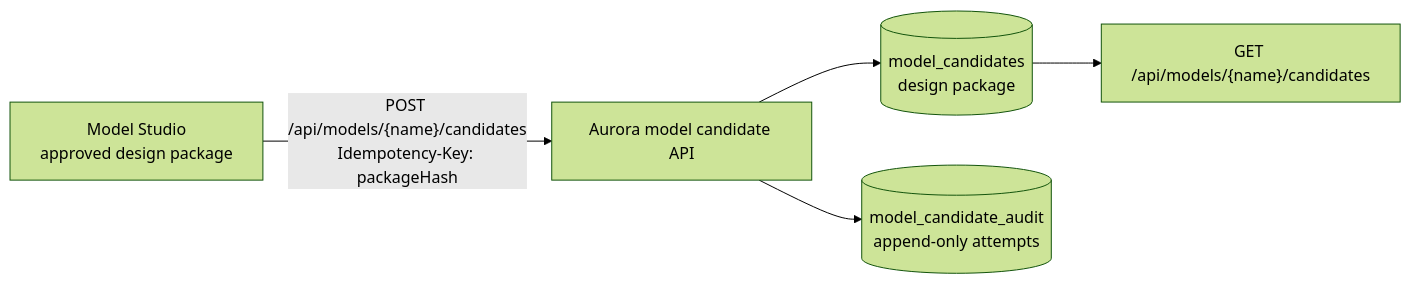
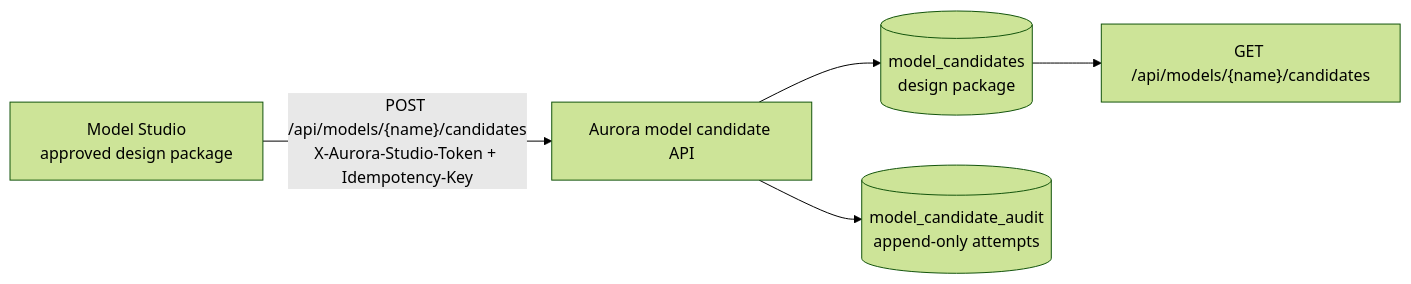
Before and after one commit to mohangundappa/aurora-intelligence: the second of 4 diagrams in docs/data-flow.md, drawn with Mermaid (forest theme). The commit also changed other lines of this file and 8 other files, not shown here.

````diff
--- a/docs/data-flow.md
+++ b/docs/data-flow.md
@@ -83,7 +83,7 @@
 ```mermaid
 flowchart LR
-  studio["Model Studio<br/>approved design package"] -->|"POST /api/models/{name}/candidates<br/>Idempotency-Key: packageHash"| inbound["Aurora model candidate API"]
+  studio["Model Studio<br/>approved design package"] -->|"POST /api/models/{name}/candidates<br/>X-Aurora-Studio-Token + Idempotency-Key"| inbound["Aurora model candidate API"]
   inbound --> candidates[("model_candidates<br/>design package")]
   inbound --> candidateAudit[("model_candidate_audit<br/>append-only attempts")]
   candidates --> read["GET /api/models/{name}/candidates"]
 ```
````
